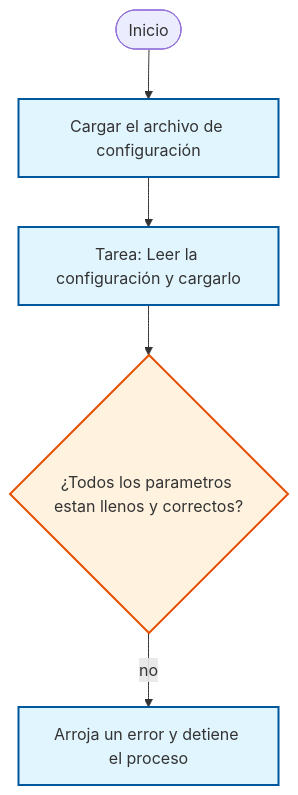
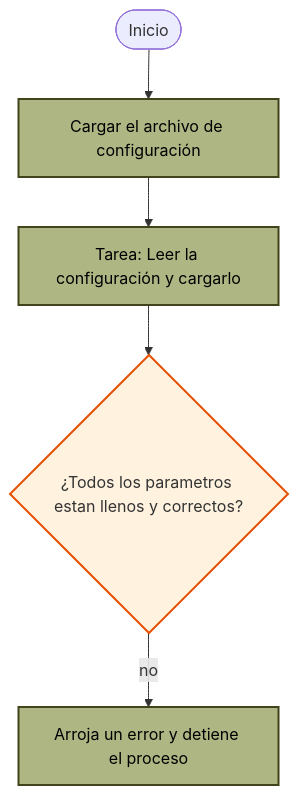
Before and after one commit to CristopherDev63/automatizacion-archivos: the diagram in doc/documentacion_tecnica/index.md, drawn with Mermaid.

Commit message:
documentacion

````diff
--- a/doc/documentacion_tecnica/index.md
+++ b/doc/documentacion_tecnica/index.md
@@ -5,14 +5,14 @@
 ```mermaid 
 graph TD 
     %% Definicion de estilos 
-    classDef proceso fill:#e1f5fe,stroke:#01579b,stroke-width:2px
+    classDef proceso fill:#AEB784,stroke:#41431B,stroke-width:2px, color: black
     classDef decision fill:#fff3e0,stroke:#e65100,stroke-width:2px
     classDef archivo fill:#f3e5f5,stroke:#4a148c,stroke-width:2px
     classDef movimiento fill:#e8f5e8,stroke:#1b5e20,stroke-width:2px
     classDef verificacion fill:#ffebee,stroke:#b71c1c,stroke-width:2px
 
     Start([Inicio]) --> Config[Cargar el archivo de configuración]:::proceso
     Config --> Tarea_leer_config[Tarea: Leer la configuración y cargarlo]:::proceso
     Tarea_leer_config --> Desicion_orden_contrato{¿Todos los parametros estan llenos y correctos?}:::decision
     Desicion_orden_contrato --> |no| mensaje_error[Arroja un error y detiene el proceso]:::proceso
 ```
````
